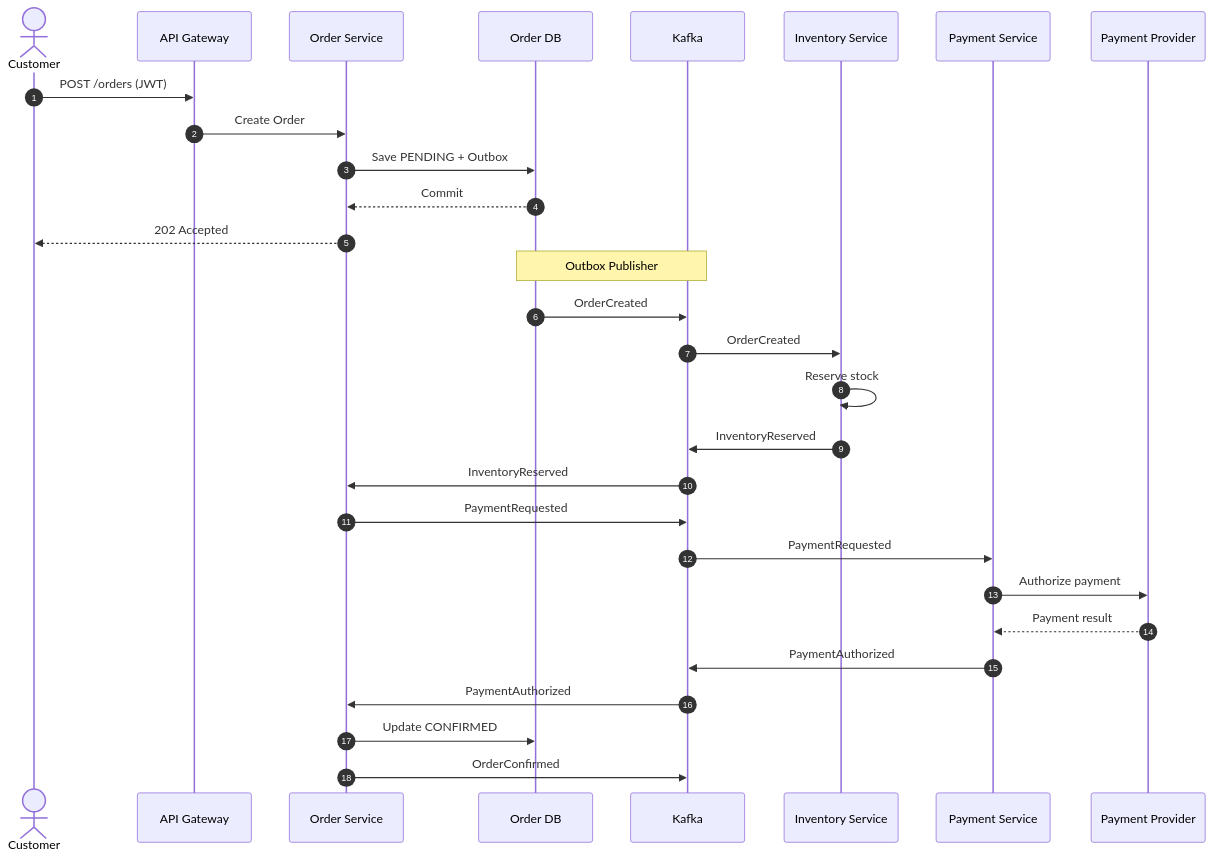
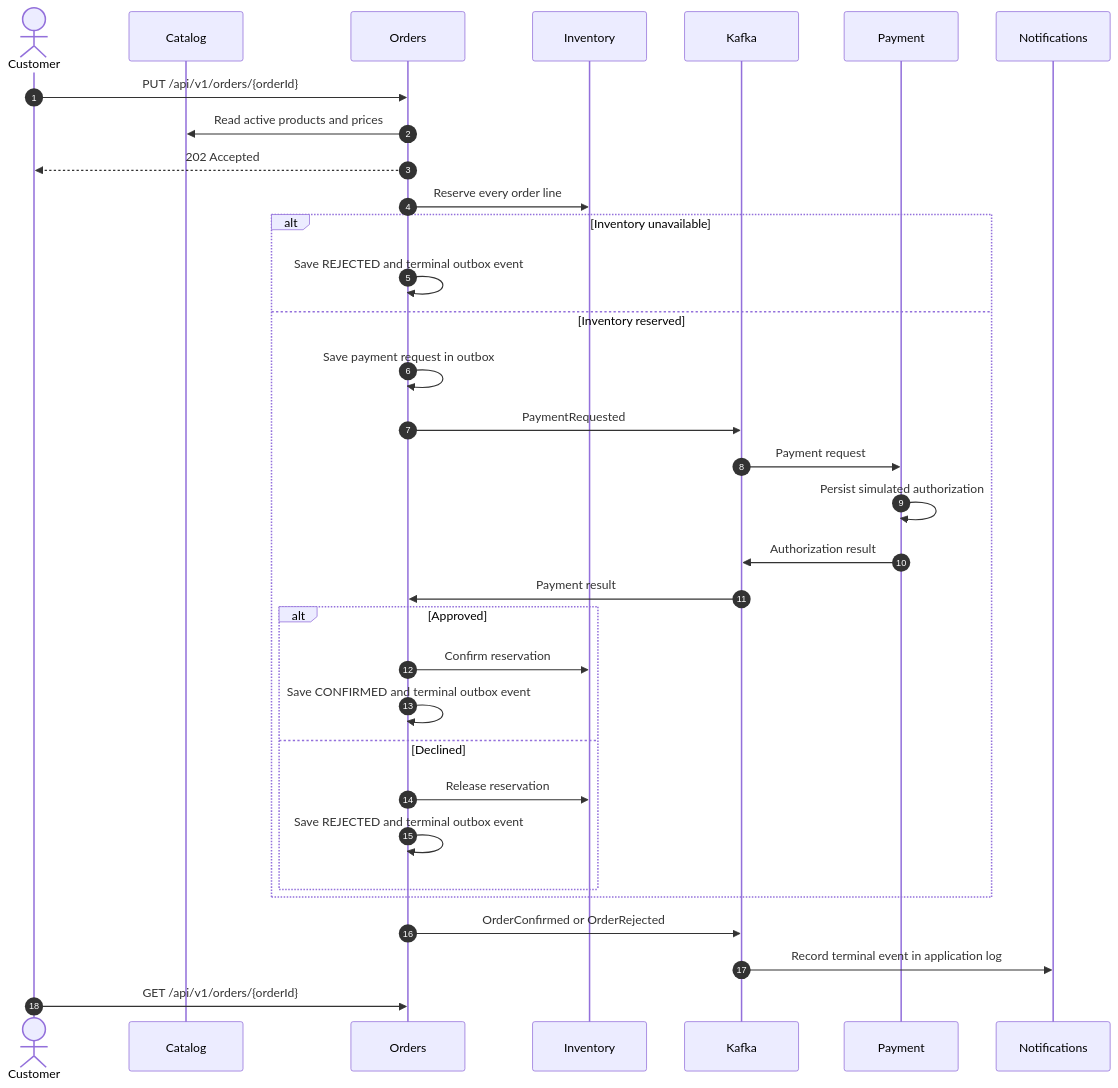
Before and after one commit to Gino16/nexus-platform: the diagram in documentation/architecture/integrations/order-flow.md, drawn with Mermaid. The commit also changed other lines of this file and 36 other files, not shown here.

````diff
--- a/documentation/architecture/integrations/order-flow.md
+++ b/documentation/architecture/integrations/order-flow.md
@@ -1,41 +7,38 @@
 ```mermaid
-
 sequenceDiagram
     autonumber
+    actor Customer
+    participant Catalog
+    participant Orders
+    participant Inventory
+    participant Kafka
+    participant Payment
+    participant Notifications
 
-    actor Customer
-    participant Gateway as API Gateway
-    participant Order as Order Service
-    participant DB as Order DB
-    participant Kafka
-    participant Inventory as Inventory Service
-    participant Payment as Payment Service
-    participant Provider as Payment Provider
+    Customer->>Orders: PUT /api/v1/orders/{orderId}
+    Orders->>Catalog: Read active products and prices
+    Orders-->>Customer: 202 Accepted
+    Orders->>Inventory: Reserve every order line
 
-    Customer->>Gateway: POST /orders (JWT)
-    Gateway->>Order: Create Order
-    Order->>DB: Save PENDING + Outbox
-    DB-->>Order: Commit
-    Order-->>Customer: 202 Accepted
+    alt Inventory unavailable
+        Orders->>Orders: Save REJECTED and terminal outbox event
+    else Inventory reserved
+        Orders->>Orders: Save payment request in outbox
+        Orders->>Kafka: PaymentRequested
+        Kafka->>Payment: Payment request
+        Payment->>Payment: Persist simulated authorization
+        Payment->>Kafka: Authorization result
+        Kafka->>Orders: Payment result
+        alt Approved
+            Orders->>Inventory: Confirm reservation
+            Orders->>Orders: Save CONFIRMED and terminal outbox event
+        else Declined
+            Orders->>Inventory: Release reservation
+            Orders->>Orders: Save REJECTED and terminal outbox event
+        end
+    end
 
-    Note over DB,Kafka: Outbox Publisher
-
-    DB->>Kafka: OrderCreated
-
-    Kafka->>Inventory: OrderCreated
-    Inventory->>Inventory: Reserve stock
-    Inventory->>Kafka: InventoryReserved
-
-    Kafka->>Order: InventoryReserved
-    Order->>Kafka: PaymentRequested
-
-    Kafka->>Payment: PaymentRequested
-    Payment->>Provider: Authorize payment
-    Provider-->>Payment: Payment result
-    Payment->>Kafka: PaymentAuthorized
-
-    Kafka->>Order: PaymentAuthorized
-    Order->>DB: Update CONFIRMED
-    Order->>Kafka: OrderConfirmed
-
+    Orders->>Kafka: OrderConfirmed or OrderRejected
+    Kafka->>Notifications: Record terminal event in application log
+    Customer->>Orders: GET /api/v1/orders/{orderId}
 ```
````
